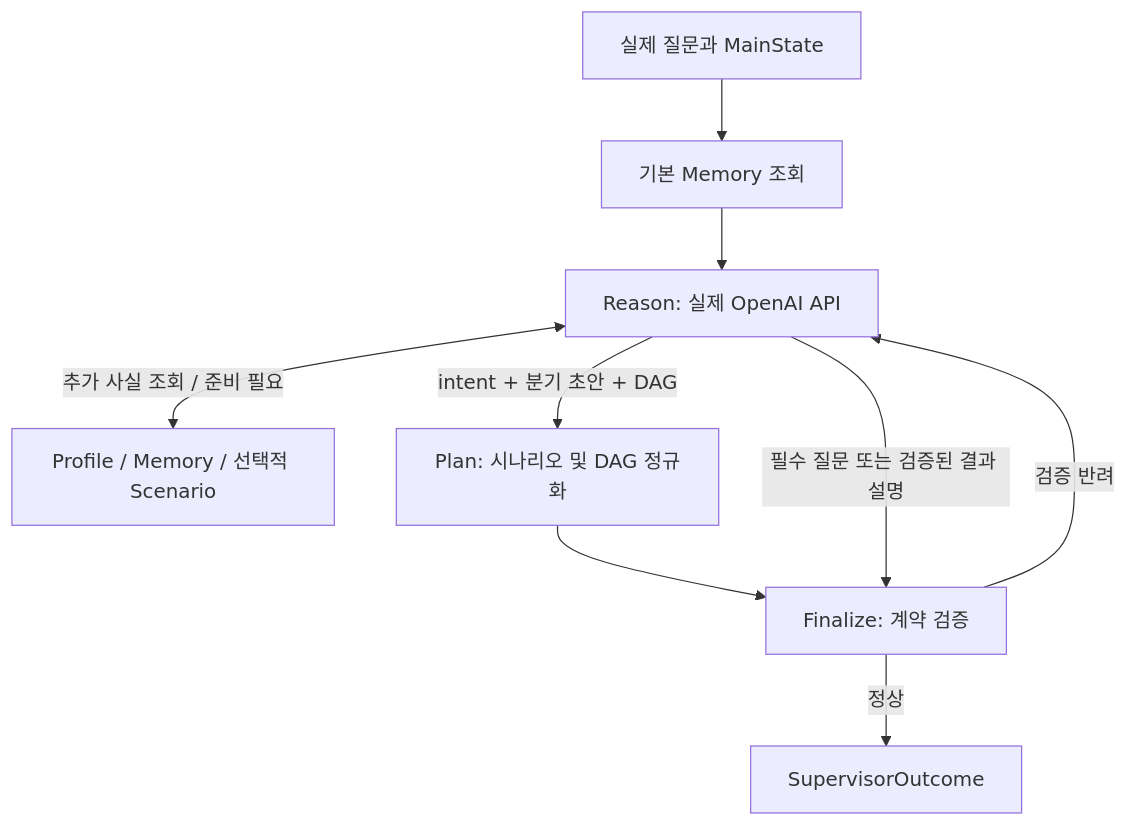
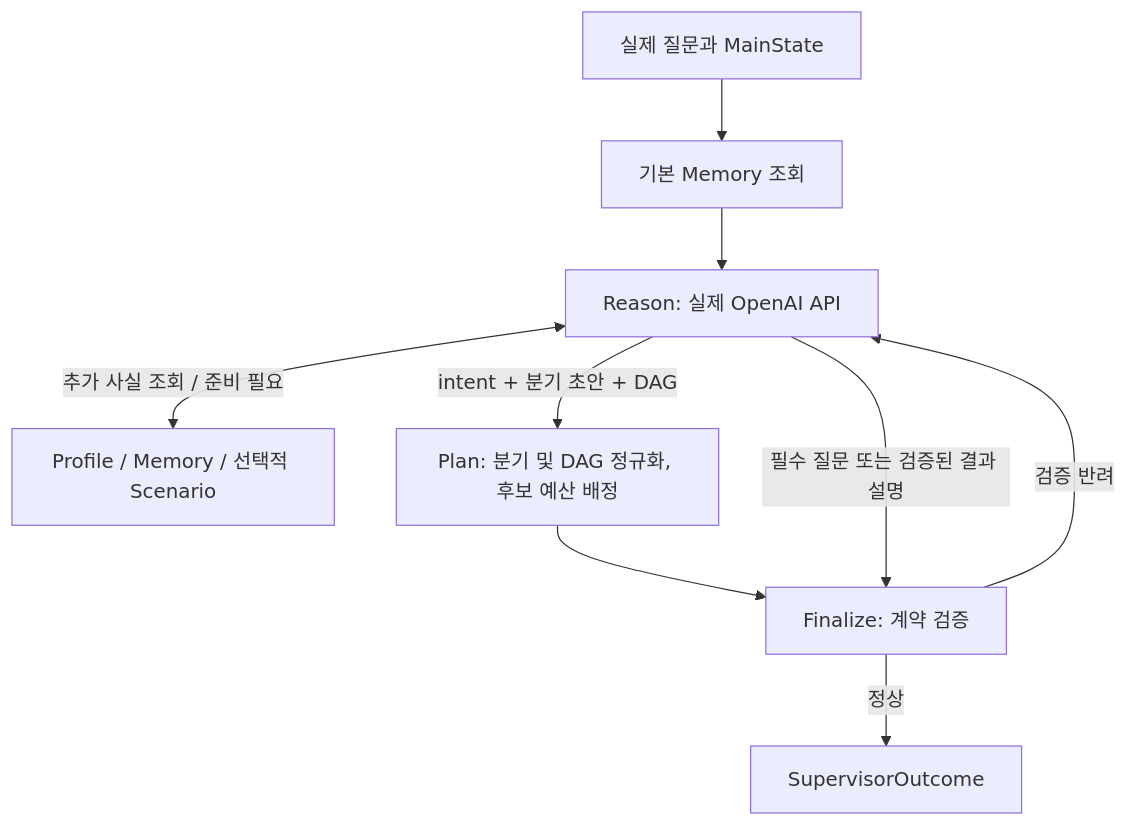
The diagram in backend/agent/supervisor/README.md (encore-ai-campus/mle-01-final-team1), drawn with Mermaid before and after one commit. The commit also changed other lines of this file and 19 other files, not shown here.

````diff
--- a/backend/agent/supervisor/README.md
+++ b/backend/agent/supervisor/README.md
@@ -66,11 +88,11 @@
 ```mermaid
 flowchart TD
     A[실제 질문과 MainState] --> B[기본 Memory 조회]
     B --> R[Reason: 실제 OpenAI API]
     R <-->|추가 사실 조회 / 준비 필요| T[Profile / Memory / 선택적 Scenario]
-    R -->|intent + 분기 초안 + DAG| P[Plan: 시나리오 및 DAG 정규화]
+    R -->|intent + 분기 초안 + DAG| P[Plan: 분기 및 DAG 정규화, 후보 예산 배정]
     P --> F[Finalize: 계약 검증]
     R -->|필수 질문 또는 검증된 결과 설명| F
     F -->|검증 반려| R
     F -->|정상| O[SupervisorOutcome]
 ```
````
